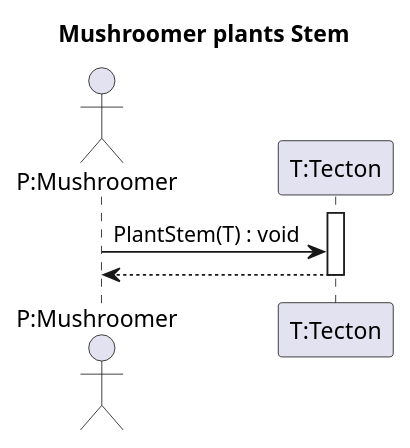
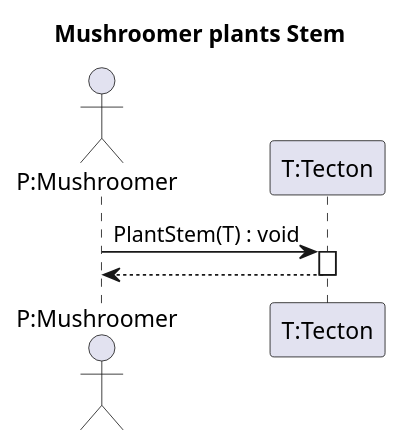
One commit to Petya-G/fungorium changed the diagram in 3/sequence/pantStem.puml. Above: the diagram before and after it, drawn with PlantUML. The commit also changed 2 other files, not shown here.

Commit message:
# remove energy from throwspore diagram

```diff
--- a/3/sequence/pantStem.puml
+++ b/3/sequence/pantStem.puml
@@ -1,15 +1,16 @@
 @startuml plantStem
 
 title Mushroomer plants Stem
 
 
 actor "P:Mushroomer" as P
 
 participant "T:Tecton" as T
 
+
+P -> T: PlantStem(T) : void
 activate T
-P -> T: PlantStem(T) : void
 T-->P
 deactivate T
 
 @enduml
```
